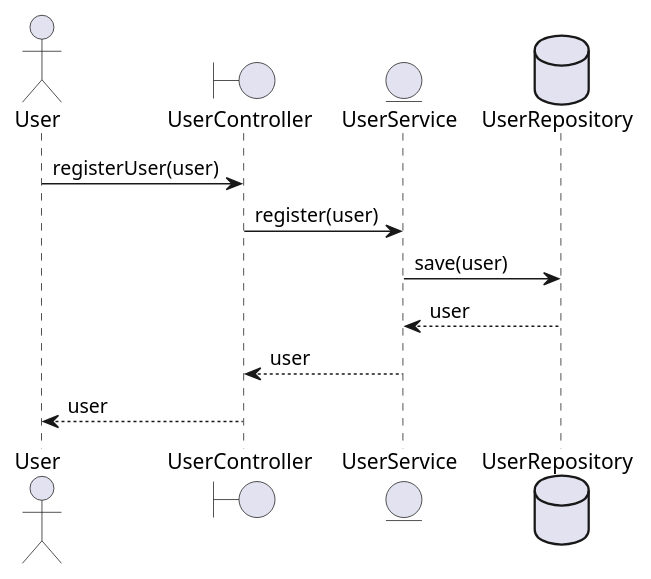
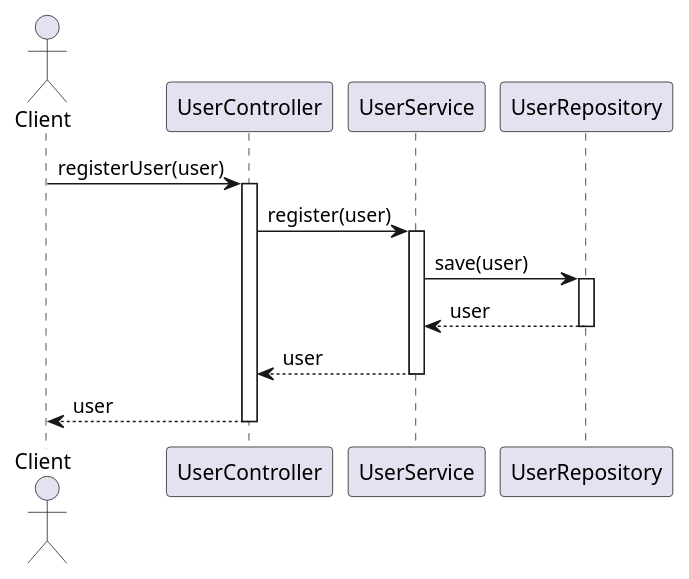
One commit to Dinesh-s95/AutoDoc.ai changed the first of 5 diagrams in identityprovider/documentation/detaileddesign.adoc. Above: the diagram before and after it, drawn with PlantUML. The commit also changed other lines of this file and 15 other files, not shown here.

````diff
--- a/identityprovider/documentation/detaileddesign.adoc
+++ b/identityprovider/documentation/detaileddesign.adoc
@@ -145,16 +192,26 @@
-[plantuml, user-registration-sequence, png]
-----
+```plantuml
 @startuml
-actor User
-boundary UserController
-entity UserService
-database UserRepository
+actor Client
+participant UserController
+participant UserService
+participant UserRepository
 
-User -> UserController : registerUser(user)
+Client -> UserController : registerUser(user)
+activate UserController
+
 UserController -> UserService : register(user)
+activate UserService
+
 UserService -> UserRepository : save(user)
+activate UserRepository
+
 UserRepository --> UserService : user
+deactivate UserRepository
+
 UserService --> UserController : user
-UserController --> User : user
+deactivate UserService
+
+UserController --> Client : user
+deactivate UserController
 @enduml
-----
+```
````
